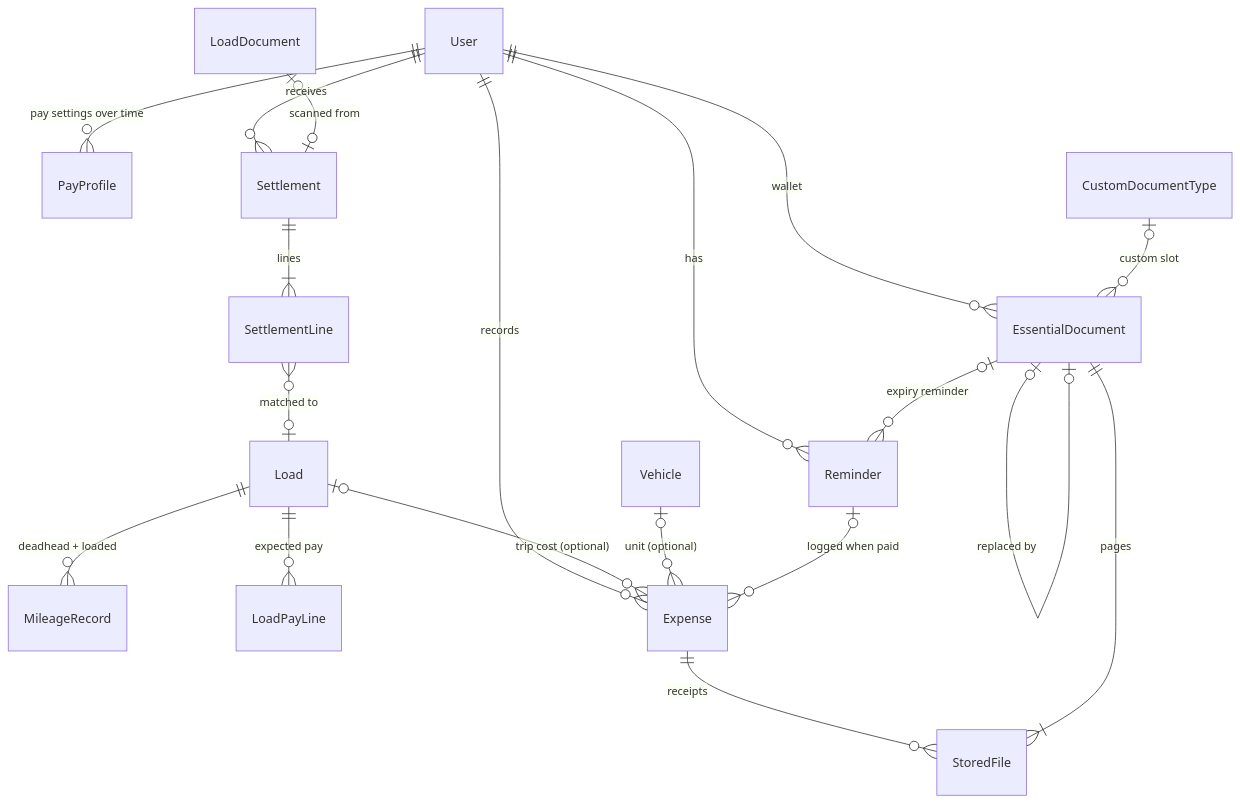
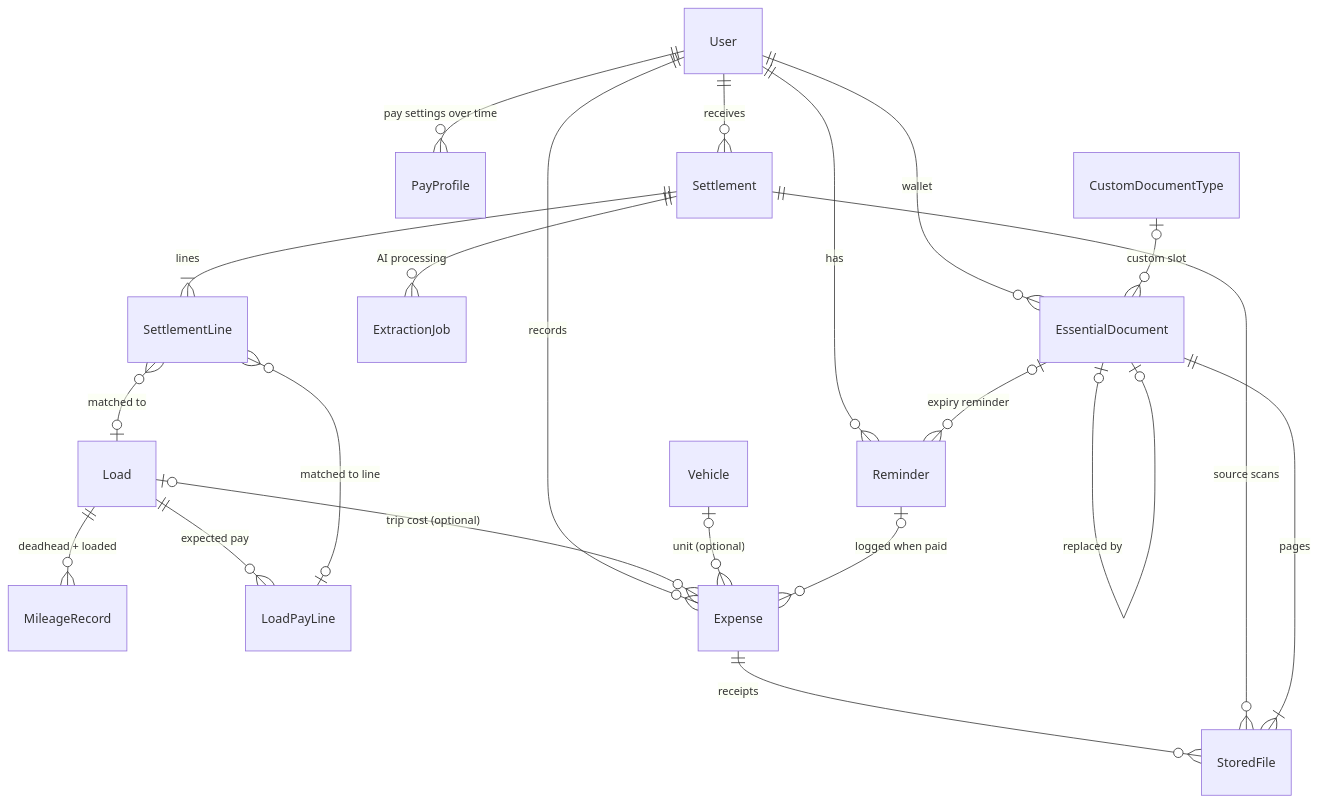
Before and after one commit to kaluush/Truckmate: the third of 4 diagrams in specs/data-model/DATA_MODEL.md, drawn with Mermaid. The commit also changed other lines of this file and 9 other files, not shown here.

````diff
--- a/specs/data-model/DATA_MODEL.md
+++ b/specs/data-model/DATA_MODEL.md
@@ -130,21 +137,23 @@
 ```mermaid
 erDiagram
     User ||--o{ PayProfile : "pay settings over time"
     Load ||--o{ MileageRecord : "deadhead + loaded"
     Load ||--o{ LoadPayLine : "expected pay"
     User ||--o{ Expense : records
     Load |o--o{ Expense : "trip cost (optional)"
     Vehicle |o--o{ Expense : "unit (optional)"
     Expense ||--o{ StoredFile : receipts
     User ||--o{ Settlement : receives
     Settlement ||--|{ SettlementLine : lines
     SettlementLine }o--o| Load : "matched to"
-    LoadDocument |o--o| Settlement : "scanned from"
+    SettlementLine }o--o| LoadPayLine : "matched to line"
+    Settlement ||--o{ StoredFile : "source scans"
+    Settlement ||--o{ ExtractionJob : "AI processing"
     User ||--o{ Reminder : has
     EssentialDocument |o--o{ Reminder : "expiry reminder"
     Reminder |o--o{ Expense : "logged when paid"
     User ||--o{ EssentialDocument : wallet
     CustomDocumentType |o--o{ EssentialDocument : "custom slot"
     EssentialDocument |o--o| EssentialDocument : "replaced by"
     EssentialDocument ||--|{ StoredFile : pages
 ```
````
